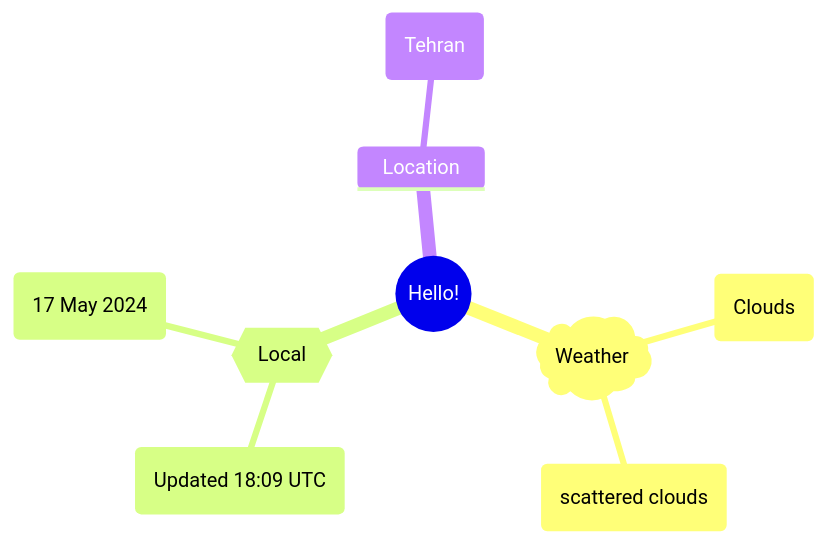
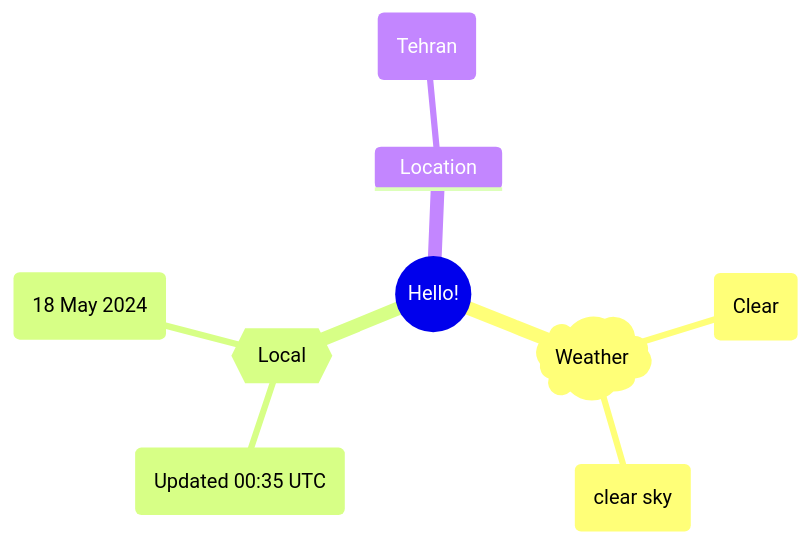
The first of 2 diagrams in README.md (Xosrov/Xosrov), drawn with Mermaid before and after one commit.

Commit message:
[bot] updated images

````diff
--- a/README.md
+++ b/README.md
@@ -3,12 +3,12 @@
 ```mermaid
 mindmap
   root((Hello!))
     )Weather(
-        (Clouds)
-        (scattered clouds)
+        (Clear)
+        (clear sky)
     {{Local}}
-        (Updated 18:09 UTC)
-        (17 May 2024)
+        (Updated 00:35 UTC)
+        (18 May 2024)
     Location
         (Tehran)
 ```
````
